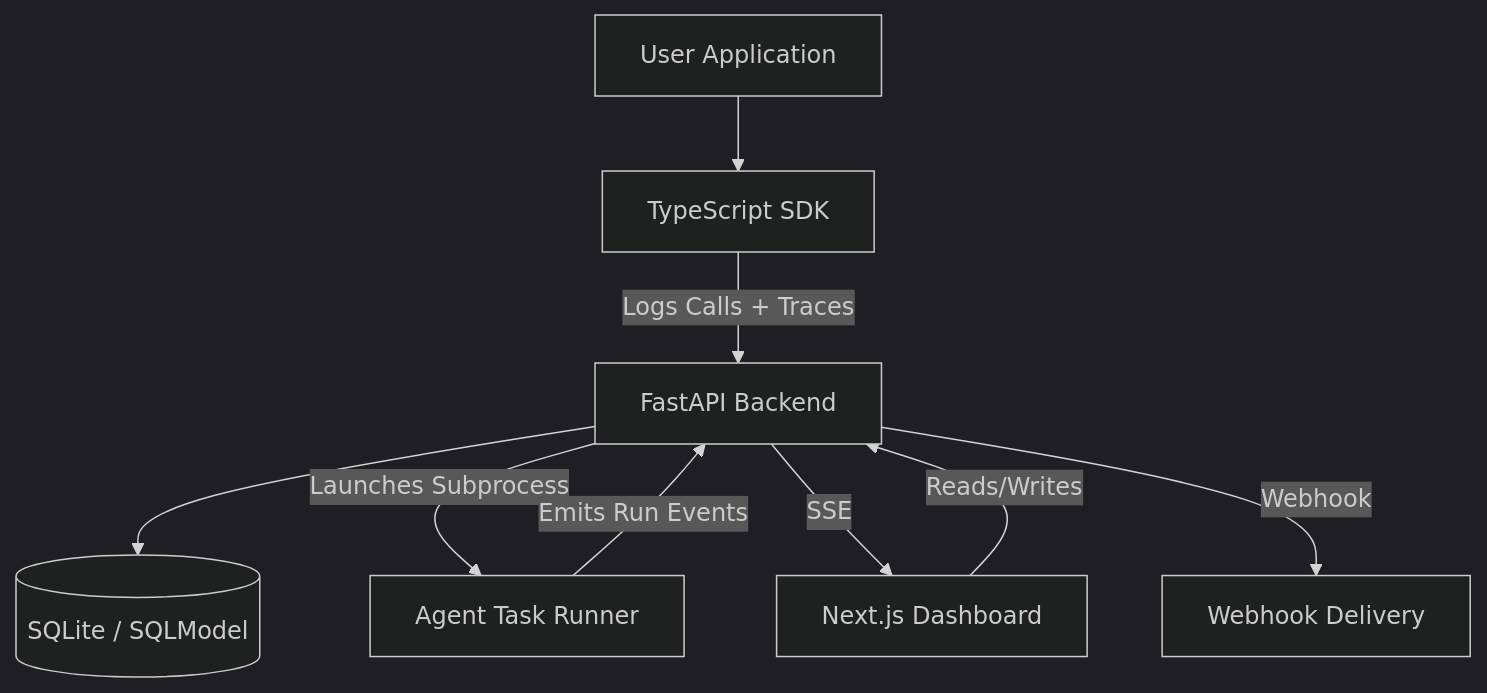
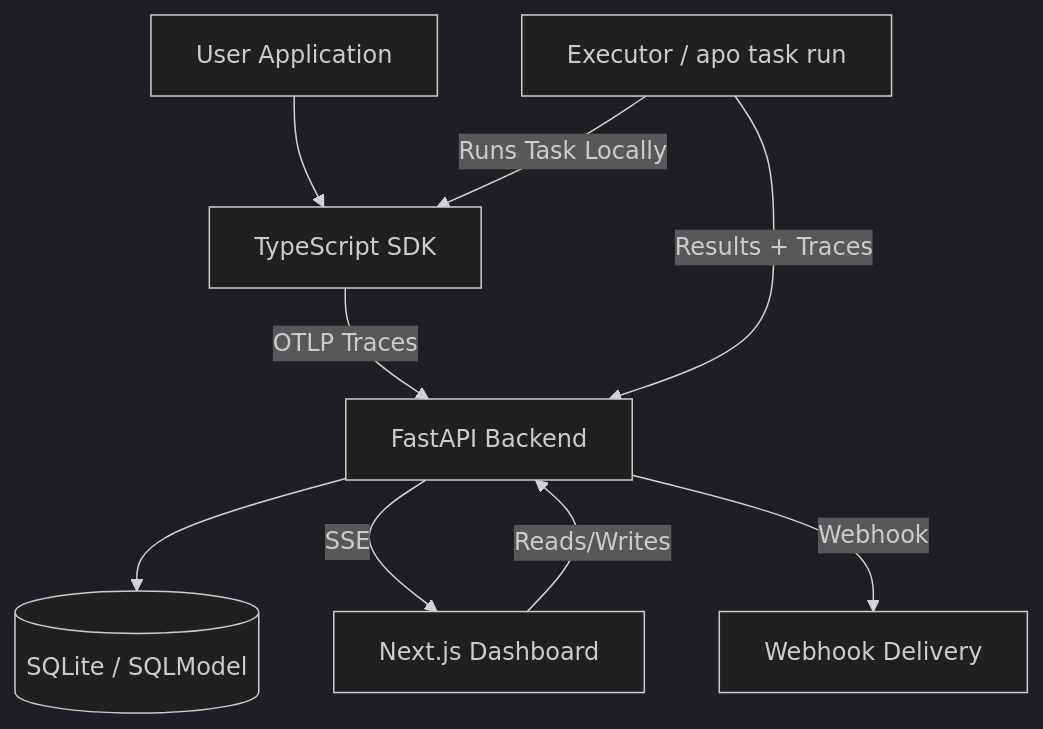
One commit to samik-bind/apo changed the first of 2 diagrams in docs/architecture.md. Above: the diagram before and after it, drawn with Mermaid (dark theme). The commit also changed other lines of this file and 18 other files, not shown here.

````diff
--- a/docs/architecture.md
+++ b/docs/architecture.md
@@ -7,11 +7,11 @@
 ```mermaid
 graph TD
     UserApp[User Application] --> SDK[TypeScript SDK]
-    SDK --> |Logs Calls + Traces| Backend[FastAPI Backend]
+    SDK --> |OTLP Traces| Backend[FastAPI Backend]
     Backend --> DB[(SQLite / SQLModel)]
     Dashboard[Next.js Dashboard] --> |Reads/Writes| Backend
-    Backend --> |Launches Subprocess| TaskRun[Agent Task Runner]
-    TaskRun --> |Emits Run Events| Backend
+    Executor[Executor / apo task run] --> |Runs Task Locally| SDK
+    Executor --> |Results + Traces| Backend
     Backend --> |SSE| Dashboard
     Backend --> |Webhook| Webhooks[Webhook Delivery]
 ```
````
